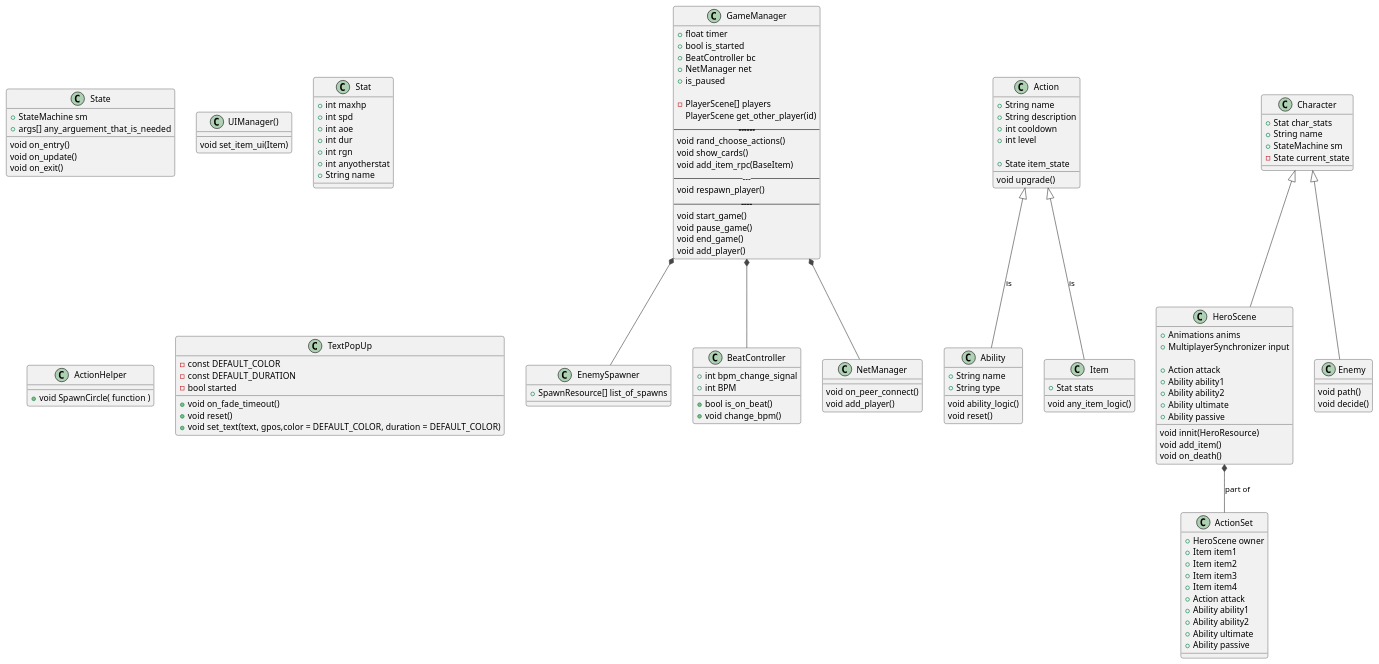
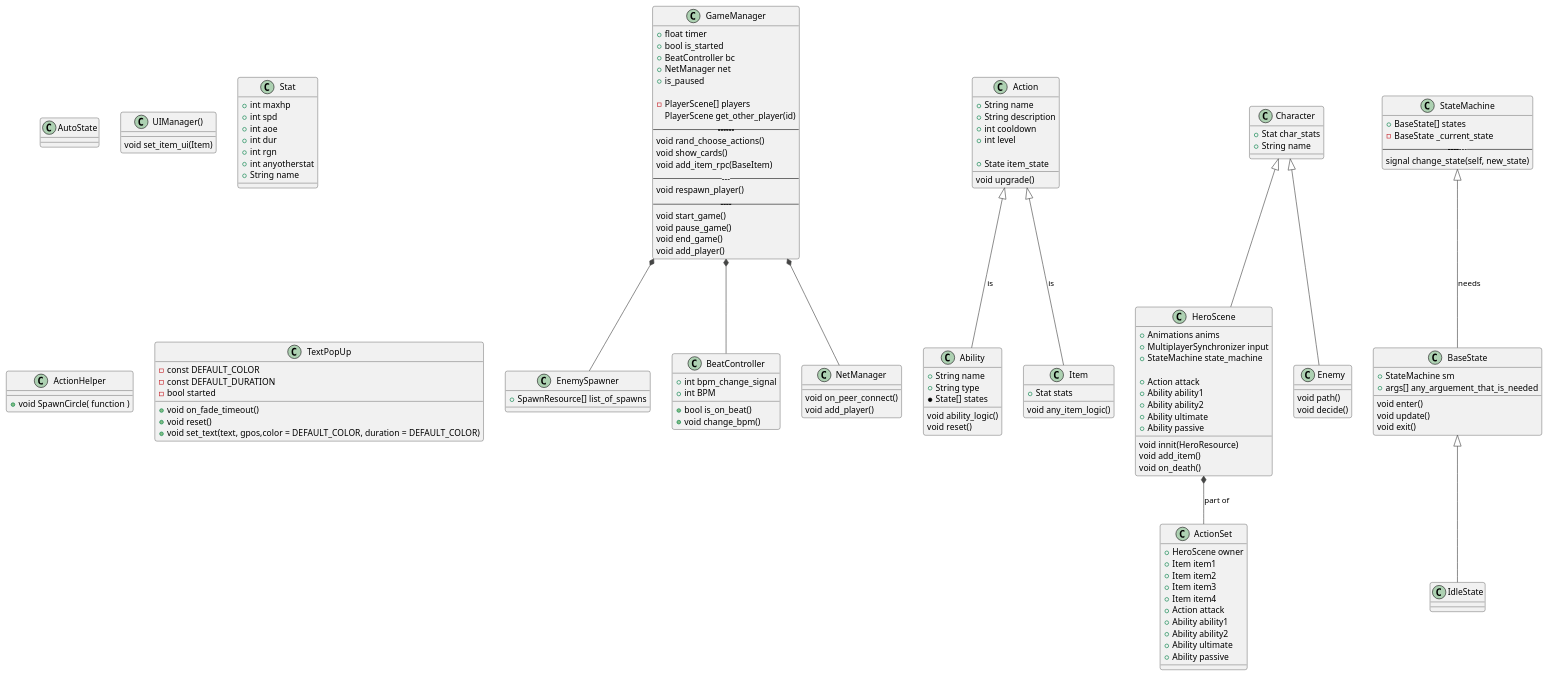
One commit to lokasc/rsPrototype changed the diagram in system.wsd. Above: the diagram before and after it, drawn with PlantUML. The commit also changed 13 other files, not shown here.

```diff
--- a/system.wsd
+++ b/system.wsd
@@ -1,159 +1,180 @@
 @startuml
 !theme vibrant
 
 class GameManager{
     + float timer
     + bool is_started
     + BeatController bc
     + NetManager net
     + is_paused
 
     - PlayerScene[] players
     PlayerScene get_other_player(id)
     ----------------------------------
     void rand_choose_actions()
     void show_cards()
     void add_item_rpc(BaseItem)
     -------
     void respawn_player()
     ------------------------
     void start_game()
     void pause_game()
     void end_game()
     void add_player()
 }
 
 
 class EnemySpawner{
   + SpawnResource[] list_of_spawns
 }
 
 class BeatController{
     + int bpm_change_signal
     + int BPM
     + bool is_on_beat()
     + void change_bpm()
 }   
 
 class NetManager{
     void on_peer_connect()
     void add_player()
 
 }
 
 class Ability {
     +String name
     +String type
+    *State[] states 
  
     void ability_logic()
     void reset()
 }
+
+class HeroScene{
+  +Animations anims
+  +MultiplayerSynchronizer input
+  +StateMachine state_machine
+  
+  + Action attack
+  + Ability ability1
+  + Ability ability2
+  + Ability ultimate
+  + Ability passive
+
+  void innit(HeroResource)
+  void add_item()
+  void on_death()
+}
+
+class BaseState{
+    +StateMachine sm
+    +args[] any_arguement_that_is_needed
+    void enter()
+    void update()
+    void exit()
+}
+
+class StateMachine{
+    +BaseState[] states
+   -BaseState _current_state
+   ---------------------------
+   signal change_state(self, new_state)
+}
+
+class IdleState{
+  
+}
+
+class AutoState{
+
+}
+
+StateMachine <|-- BaseState : needs
+BaseState <|-- IdleState
 
 class Action{
     +String name
     +String description
     +int cooldown
     +int level
    
     +State item_state
    
     void upgrade()
-}
-
-class State{
-    +StateMachine sm
-    +args[] any_arguement_that_is_needed
-    void on_entry()
-    void on_update()
-    void on_exit()
 }
 
 
 class ActionSet{
   +HeroScene owner
   + Item item1
   + Item item2
   + Item item3
   + Item item4
   + Action attack
   + Ability ability1
   + Ability ability2
   + Ability ultimate
   + Ability passive
 }
 
-class HeroScene{
-  +Animations anims
-  +MultiplayerSynchronizer input
-  
-  + Action attack
-  + Ability ability1
-  + Ability ability2
-  + Ability ultimate
-  + Ability passive
 
-  void innit(HeroResource)
-  void add_item()
-  void on_death()
-}
+
 
 class Character{
   +Stat char_stats
   +String name
-  +StateMachine sm
-  -State current_state
 }
 class UIManager(){
   void set_item_ui(Item)
 }
 
 
 class Item {
     +Stat stats
    
    
     void any_item_logic()
 }
 
 class Stat{
     +int maxhp
     +int spd
     +int aoe
     +int dur
     +int rgn
     +int anyotherstat
     +String name
 }
 
 
 class Enemy{
   void path()
   void decide()
 }
 
 
 class ActionHelper{
     +void SpawnCircle( function )
 }
 
 'This class spawns a pop_up text of whatever you want
 class TextPopUp{
     -const DEFAULT_COLOR
     -const DEFAULT_DURATION 
     -bool started
 
     +void on_fade_timeout()
     +void reset()
     +void set_text(text, gpos,color = DEFAULT_COLOR, duration = DEFAULT_COLOR)
 }
 
 Character <|-- Enemy
 Character <|-- HeroScene
 Action <|-- Item : is
 Action <|-- Ability : is
 HeroScene *-- ActionSet : part of
 GameManager *-- BeatController
 GameManager *-- NetManager 
 GameManager *-- EnemySpawner
 
 @enduml
```
